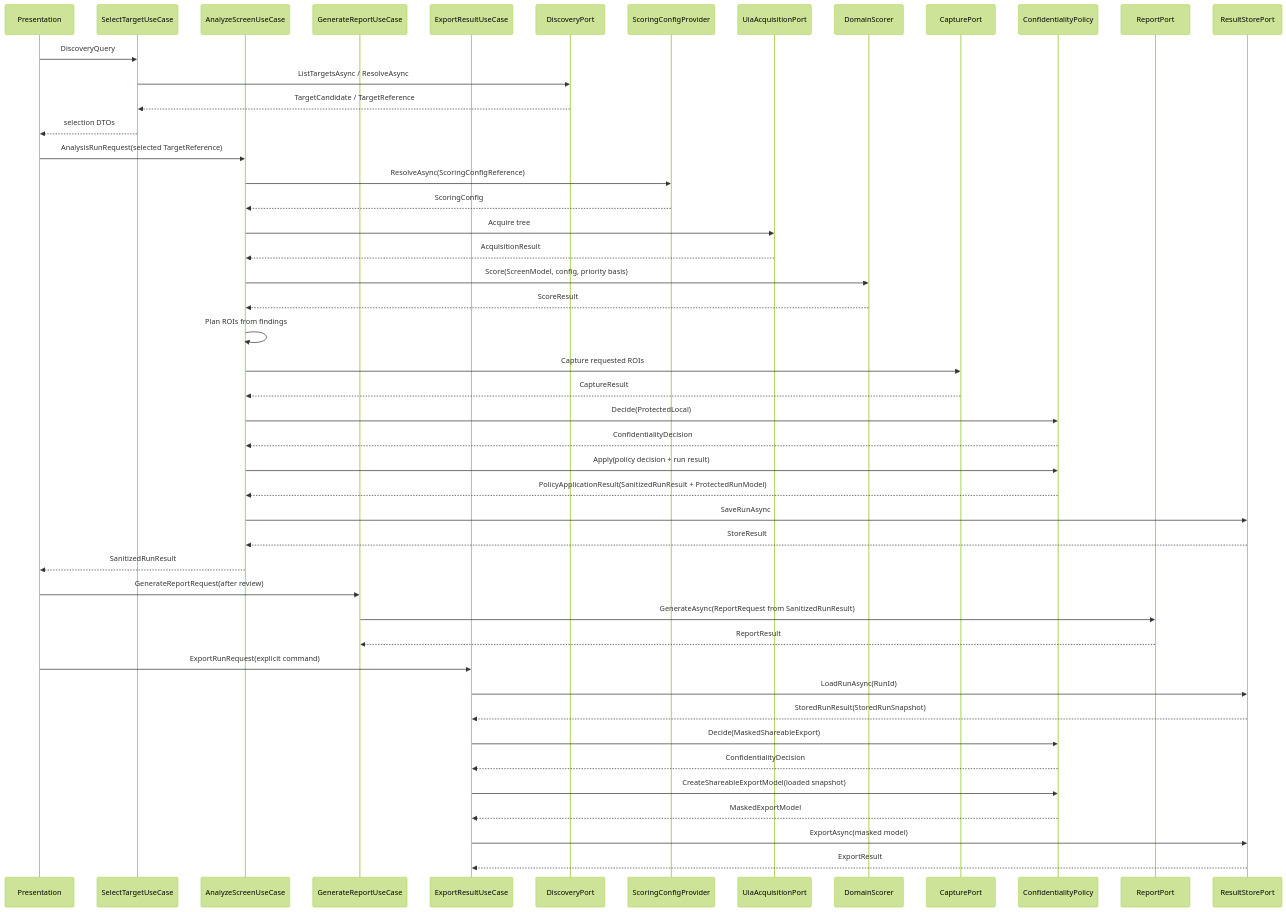
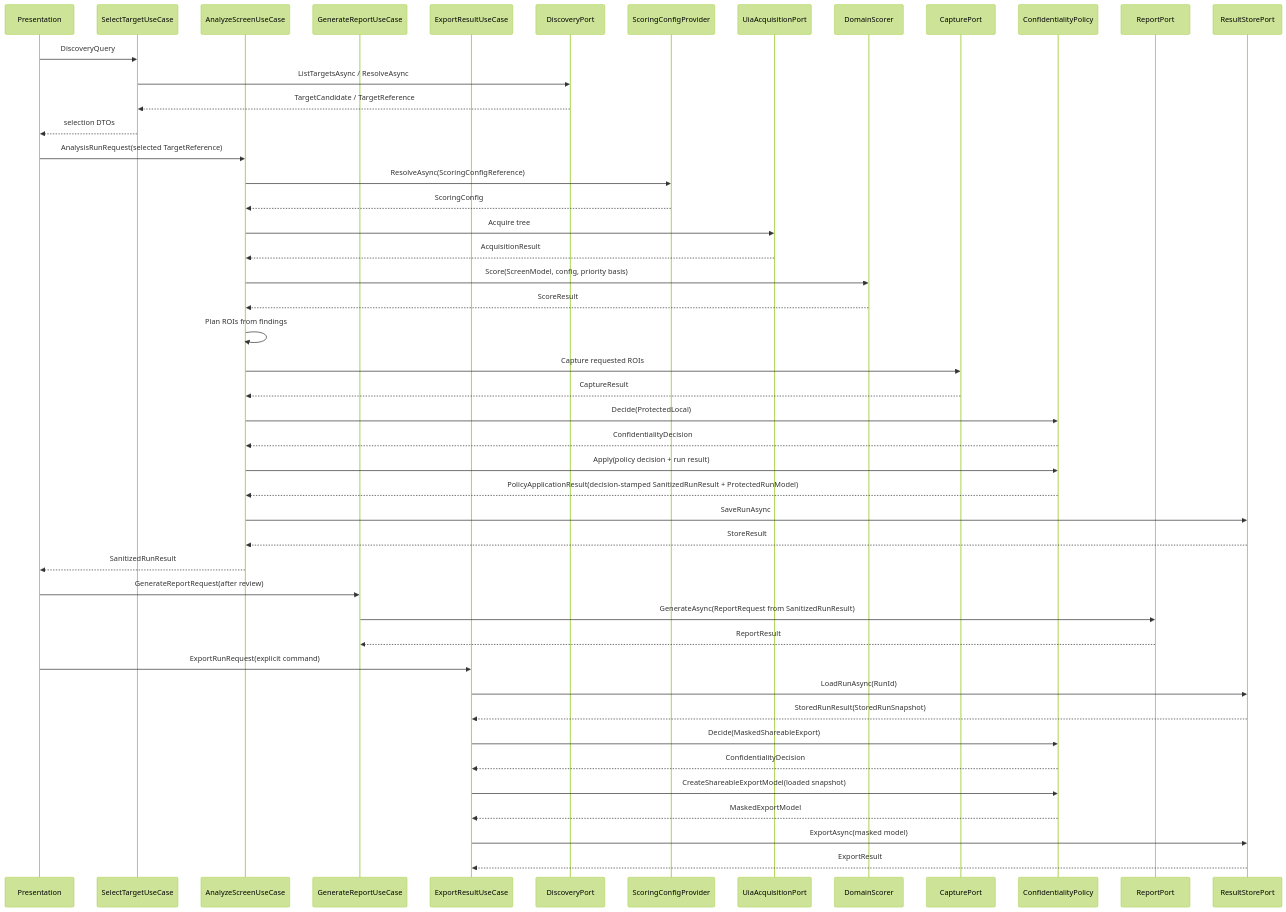
One commit to urario/Surveyor changed the second of 2 diagrams in knowledge/design/des-0011-port-dtos-status-model-and-use-case-orchestration.md. Above: the diagram before and after it, drawn with Mermaid (forest theme). The commit also changed other lines of this file and 2 other files, not shown here.

First line of the commit message:
docs: clarify confidentiality decision stamping

````diff
--- a/knowledge/design/des-0011-port-dtos-status-model-and-use-case-orchestration.md
+++ b/knowledge/design/des-0011-port-dtos-status-model-and-use-case-orchestration.md
@@ -618,50 +620,50 @@
 ```mermaid
 sequenceDiagram
   participant UI as Presentation
   participant ST as SelectTargetUseCase
   participant AS as AnalyzeScreenUseCase
   participant GR as GenerateReportUseCase
   participant EX as ExportResultUseCase
   participant D as DiscoveryPort
   participant CFG as ScoringConfigProvider
   participant A as UiaAcquisitionPort
   participant S as DomainScorer
   participant C as CapturePort
   participant P as ConfidentialityPolicy
   participant R as ReportPort
   participant Store as ResultStorePort
 
   UI->>ST: DiscoveryQuery
   ST->>D: ListTargetsAsync / ResolveAsync
   D-->>ST: TargetCandidate / TargetReference
   ST-->>UI: selection DTOs
   UI->>AS: AnalysisRunRequest(selected TargetReference)
   AS->>CFG: ResolveAsync(ScoringConfigReference)
   CFG-->>AS: ScoringConfig
   AS->>A: Acquire tree
   A-->>AS: AcquisitionResult
   AS->>S: Score(ScreenModel, config, priority basis)
   S-->>AS: ScoreResult
   AS->>AS: Plan ROIs from findings
   AS->>C: Capture requested ROIs
   C-->>AS: CaptureResult
   AS->>P: Decide(ProtectedLocal)
   P-->>AS: ConfidentialityDecision
   AS->>P: Apply(policy decision + run result)
-  P-->>AS: PolicyApplicationResult(SanitizedRunResult + ProtectedRunModel)
+  P-->>AS: PolicyApplicationResult(decision-stamped SanitizedRunResult + ProtectedRunModel)
   AS->>Store: SaveRunAsync
   Store-->>AS: StoreResult
   AS-->>UI: SanitizedRunResult
   UI->>GR: GenerateReportRequest(after review)
   GR->>R: GenerateAsync(ReportRequest from SanitizedRunResult)
   R-->>GR: ReportResult
   UI->>EX: ExportRunRequest(explicit command)
   EX->>Store: LoadRunAsync(RunId)
   Store-->>EX: StoredRunResult(StoredRunSnapshot)
   EX->>P: Decide(MaskedShareableExport)
   P-->>EX: ConfidentialityDecision
   EX->>P: CreateShareableExportModel(loaded snapshot)
   P-->>EX: MaskedExportModel
   EX->>Store: ExportAsync(masked model)
   Store-->>EX: ExportResult
 ```
````
